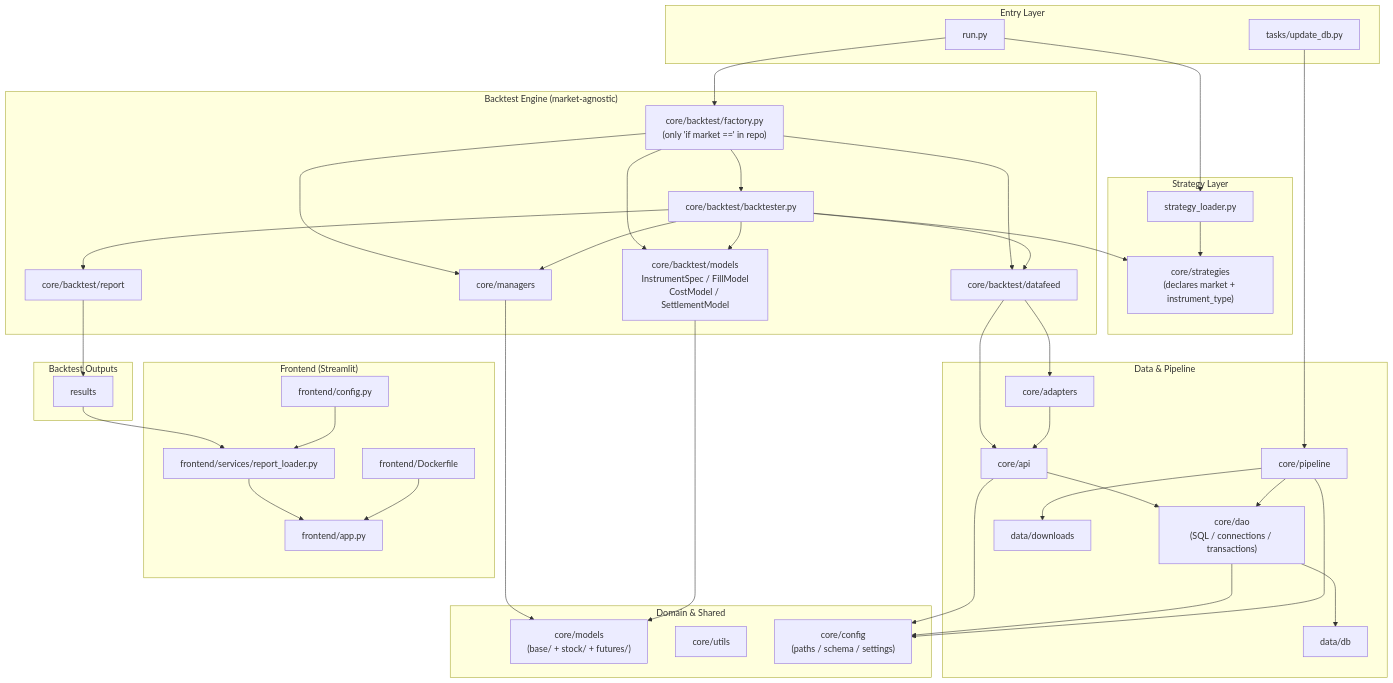
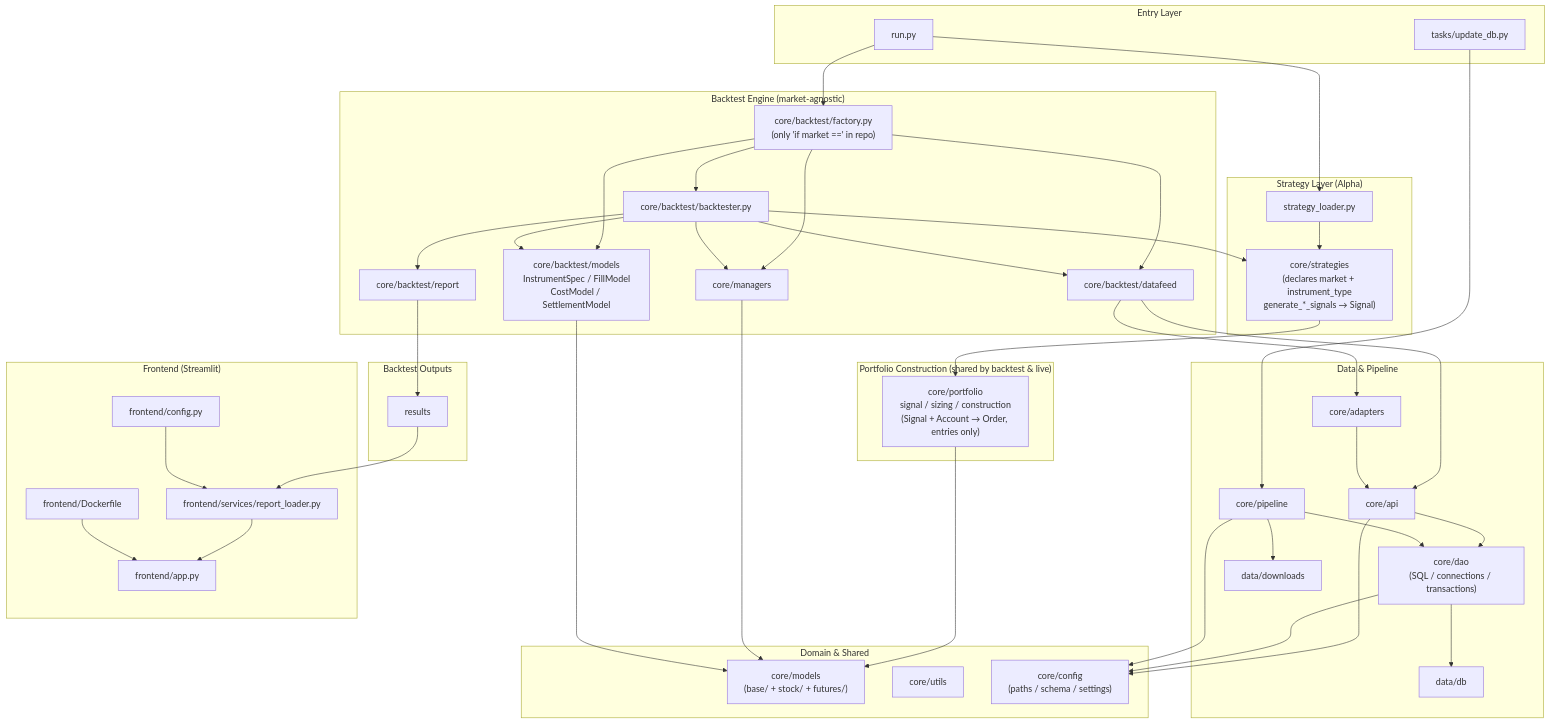
The diagram in README_en.md (NYFund/alphaedge), drawn with Mermaid before and after one commit. The commit also changed 8 other files, not shown here.

First line of the commit message:
docs: 六份文件改寫為新分層，命名表補 generate_*_signals（S8）

```diff
--- a/README_en.md
+++ b/README_en.md
@@ -15,9 +15,13 @@
         Tasks["tasks/update_db.py"]
     end
 
-    subgraph strategy_layer ["Strategy Layer"]
-        Strategies["core/strategies<br/>(declares market + instrument_type)"]
+    subgraph strategy_layer ["Strategy Layer (Alpha)"]
+        Strategies["core/strategies<br/>(declares market + instrument_type<br/>generate_*_signals → Signal)"]
         Loader["strategy_loader.py"]
+    end
+
+    subgraph portfolio_layer ["Portfolio Construction (shared by backtest & live)"]
+        Portfolio["core/portfolio<br/>signal / sizing / construction<br/>(Signal + Account → Order, entries only)"]
     end
 
     subgraph engine_layer ["Backtest Engine (market-agnostic)"]
@@ -57,6 +61,8 @@
 
     RunPy --> Loader
     Loader --> Strategies
+    Strategies --> Portfolio
+    Portfolio --> Models
     RunPy --> Factory
     Factory --> Backtester
     Factory --> BTModels
```
